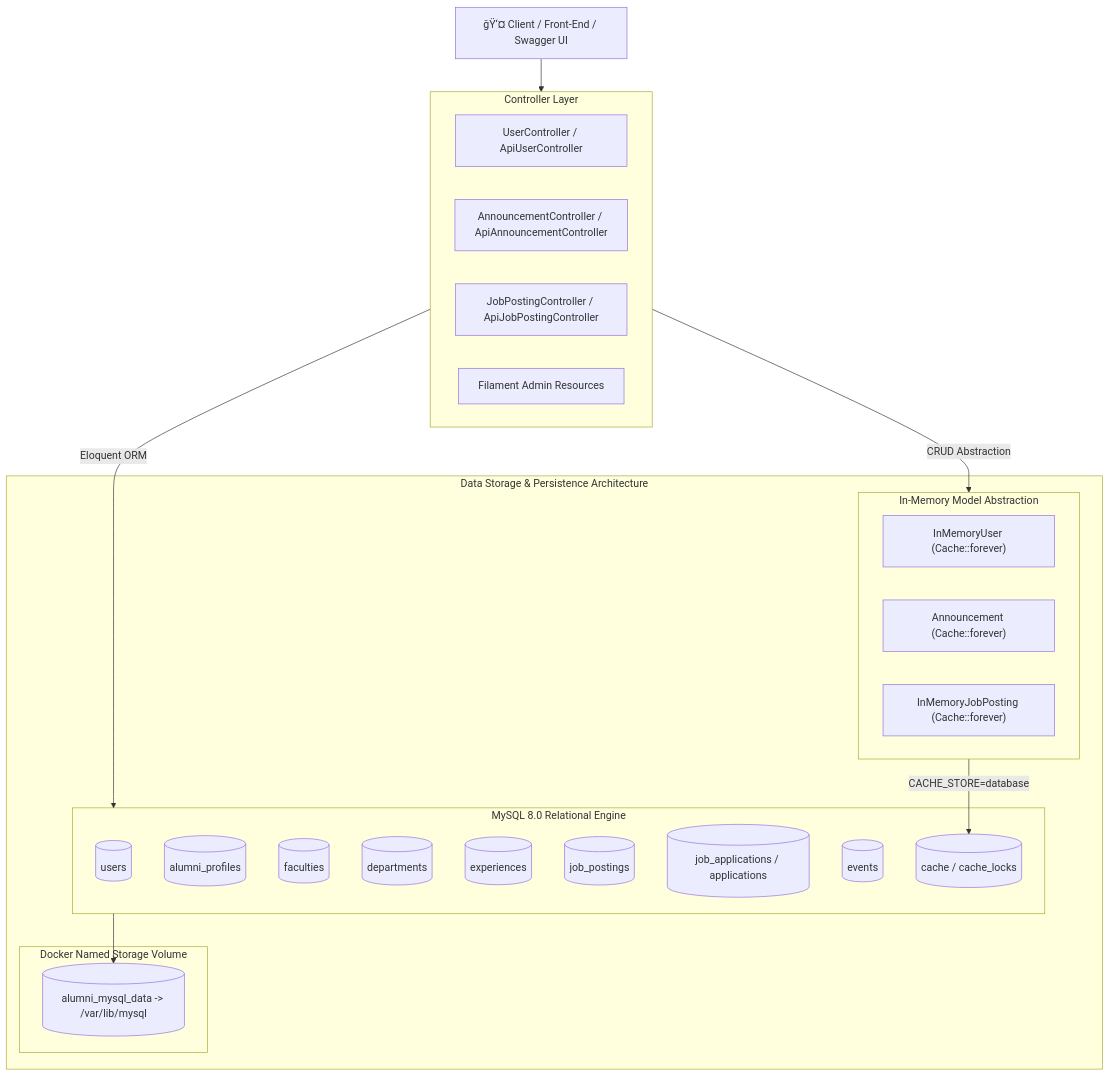
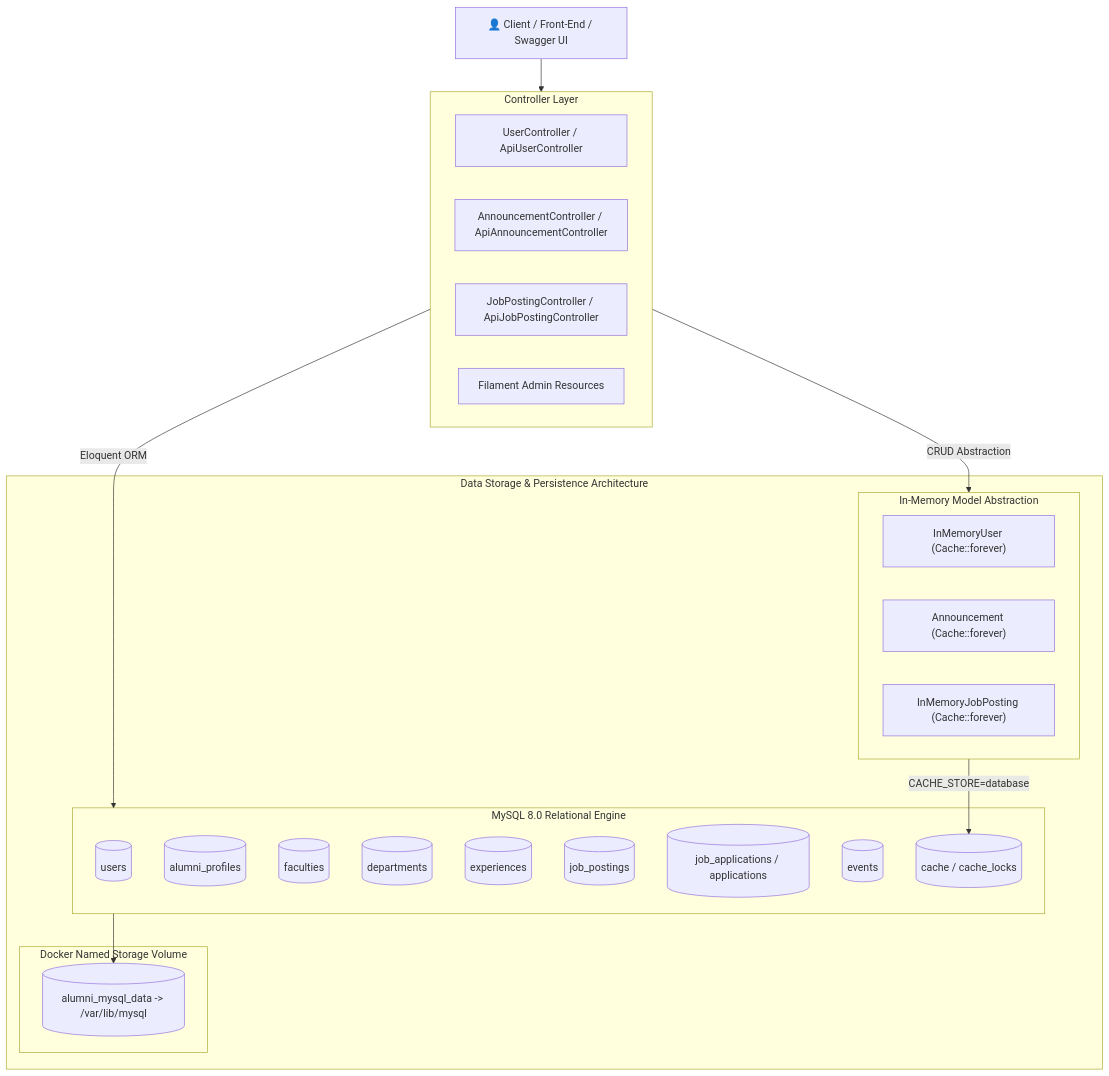
Before and after one commit to gamze-sueda-akpinar/alumni: the first of 6 diagrams in add.md, drawn with Mermaid. The commit also changed other lines of this file and 12 other files, not shown here.

````diff
--- a/add.md
+++ b/add.md
@@ -46,41 +46,41 @@
 ```mermaid
 flowchart TD
-    Client["ğŸ‘¤ Client / Front-End / Swagger UI"]
+    Client["👤 Client / Front-End / Swagger UI"]
 
     subgraph Controllers["Controller Layer"]
         UserCtrl["UserController / ApiUserController"]
         AnnounceCtrl["AnnouncementController / ApiAnnouncementController"]
         JobCtrl["JobPostingController / ApiJobPostingController"]
         FilamentRes["Filament Admin Resources"]
     end
 
     subgraph StorageLayer["Data Storage & Persistence Architecture"]
         subgraph MySQLDB["MySQL 8.0 Relational Engine"]
             UsersTable[("users")]
             ProfilesTable[("alumni_profiles")]
             FacultiesTable[("faculties")]
             DeptsTable[("departments")]
             ExpTable[("experiences")]
             JobsTable[("job_postings")]
             ApplicationsTable[("job_applications / applications")]
             EventsTable[("events")]
             CacheTable[("cache / cache_locks")]
         end
 
         subgraph InMemoryLayer["In-Memory Model Abstraction"]
             IM_User["InMemoryUser (Cache::forever)"]
             IM_Announce["Announcement (Cache::forever)"]
             IM_Jobs["InMemoryJobPosting (Cache::forever)"]
         end
 
         subgraph DockerVolume["Docker Named Storage Volume"]
             Volume[("alumni_mysql_data -> /var/lib/mysql")]
         end
     end
 
     Client --> Controllers
     Controllers -->|"Eloquent ORM"| MySQLDB
     Controllers -->|"CRUD Abstraction"| InMemoryLayer
     InMemoryLayer -->|"CACHE_STORE=database"| CacheTable
     MySQLDB --> Volume
 ```
````
